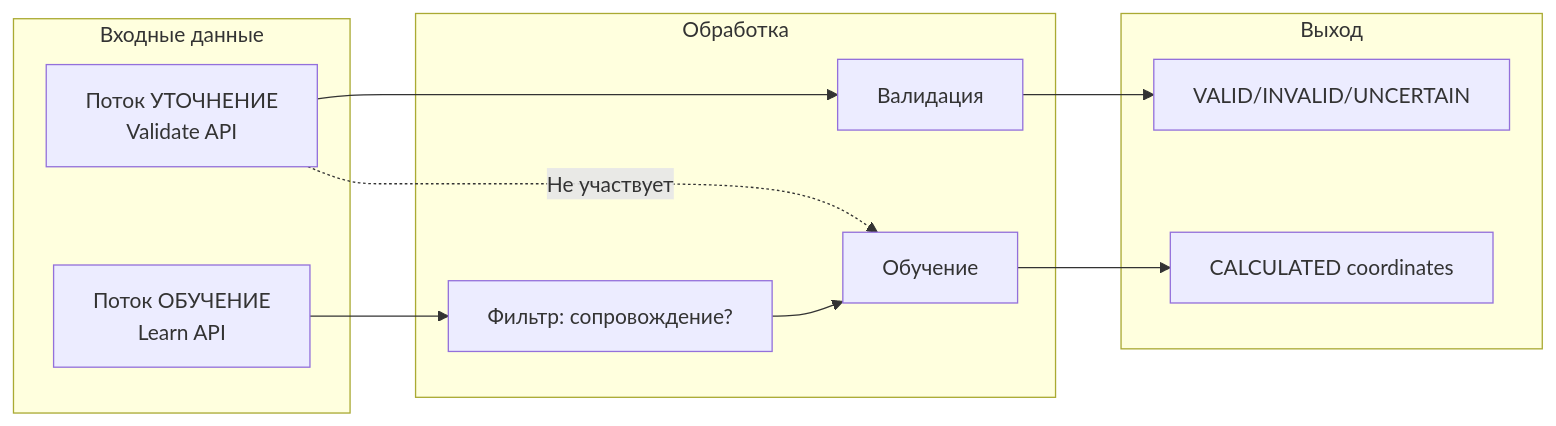
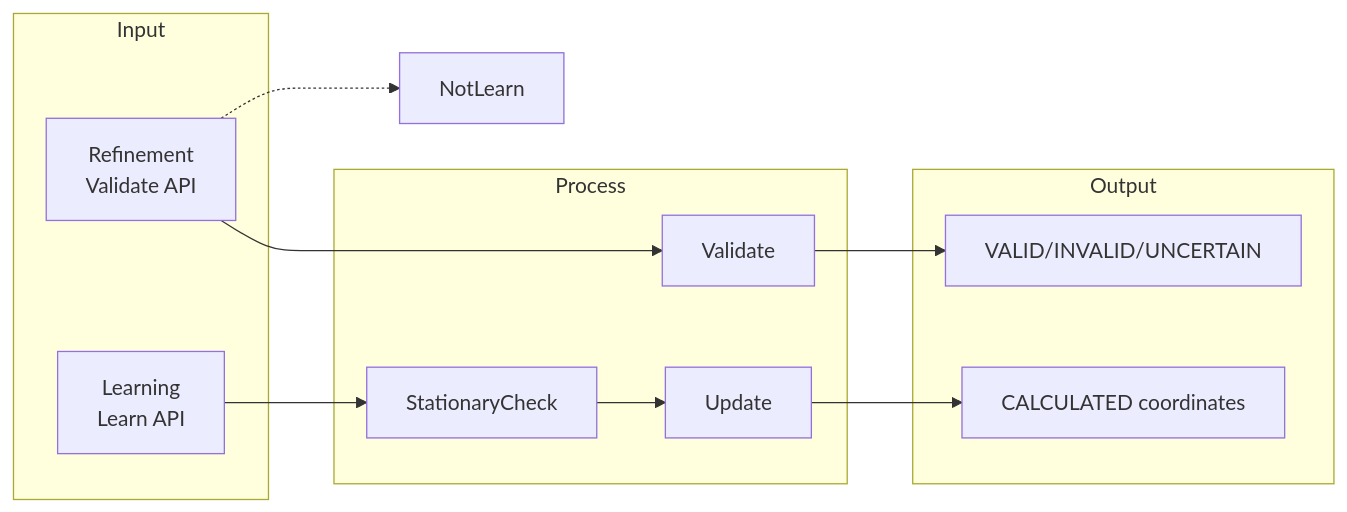
One commit to hzname/coordinate-validator changed the first of 2 diagrams in docs/learning-model.md. Above: the diagram before and after it, drawn with Mermaid. The commit also changed other lines of this file, not shown here.

Commit message:
Update learning model: stationary detection, replace random with stationary status

````diff
--- a/docs/learning-model.md
+++ b/docs/learning-model.md
@@ -44,20 +44,20 @@
 ```mermaid
 flowchart LR
-    subgraph Input["Входные данные"]
-        Refine[Поток УТОЧНЕНИЕ<br/>Validate API]
-        Learn[Поток ОБУЧЕНИЕ<br/>Learn API]
+    subgraph Input
+        Refine[Refinement<br/>Validate API]
+        Learn[Learning<br/>Learn API]
     end
     
-    subgraph Process["Обработка"]
-        Refine --> Validate[Валидация]
-        Learn --> Filter[Фильтр: сопровождение?]
-        Filter --> Update[Обучение]
+    subgraph Process
+        Refine --> Validate
+        Learn --> StationaryCheck
+        StationaryCheck --> Update
     end
     
-    subgraph Output["Выход"]
+    subgraph Output
         Validate --> Result[VALID/INVALID/UNCERTAIN]
         Update --> DB[CALCULATED coordinates]
     end
     
-    Refine -.->|"Не участвует"| Update
+    Refine -.-> NotLearn
 ```
````
